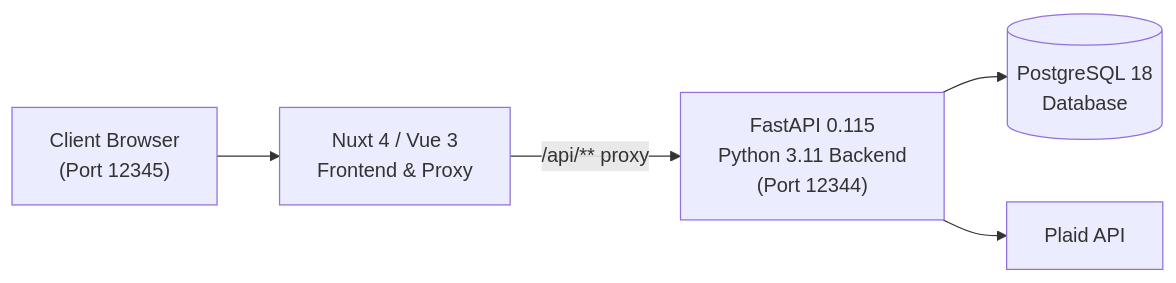
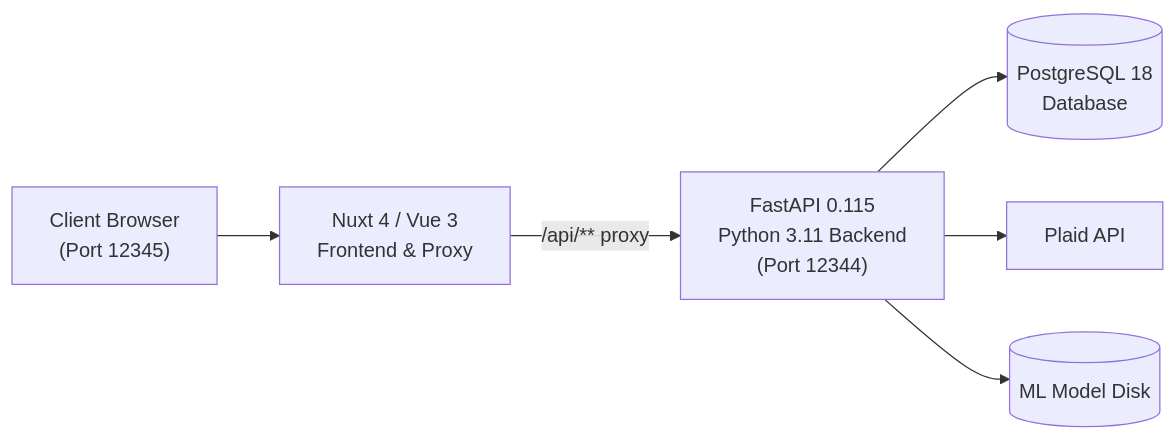
The diagram in README.md (West04/PersonalBudgetApp), drawn with Mermaid before and after one commit. The commit also changed other lines of this file and 12 other files, not shown here.

Commit message:
docs: refresh architecture and product documentation

````diff
--- a/README.md
+++ b/README.md
@@ -24,13 +30,15 @@
 ```mermaid
 flowchart LR
     Browser["Client Browser<br/>(Port 12345)"]
     Nuxt["Nuxt 4 / Vue 3<br/>Frontend & Proxy"]
     FastAPI["FastAPI 0.115<br/>Python 3.11 Backend<br/>(Port 12344)"]
     Postgres[(PostgreSQL 18<br/>Database)]
     Plaid["Plaid API"]
+    MLDisk[(ML Model Disk)]
 
     Browser --> Nuxt
     Nuxt -->|/api/** proxy| FastAPI
     FastAPI --> Postgres
     FastAPI --> Plaid
+    FastAPI --> MLDisk
 ```
````
